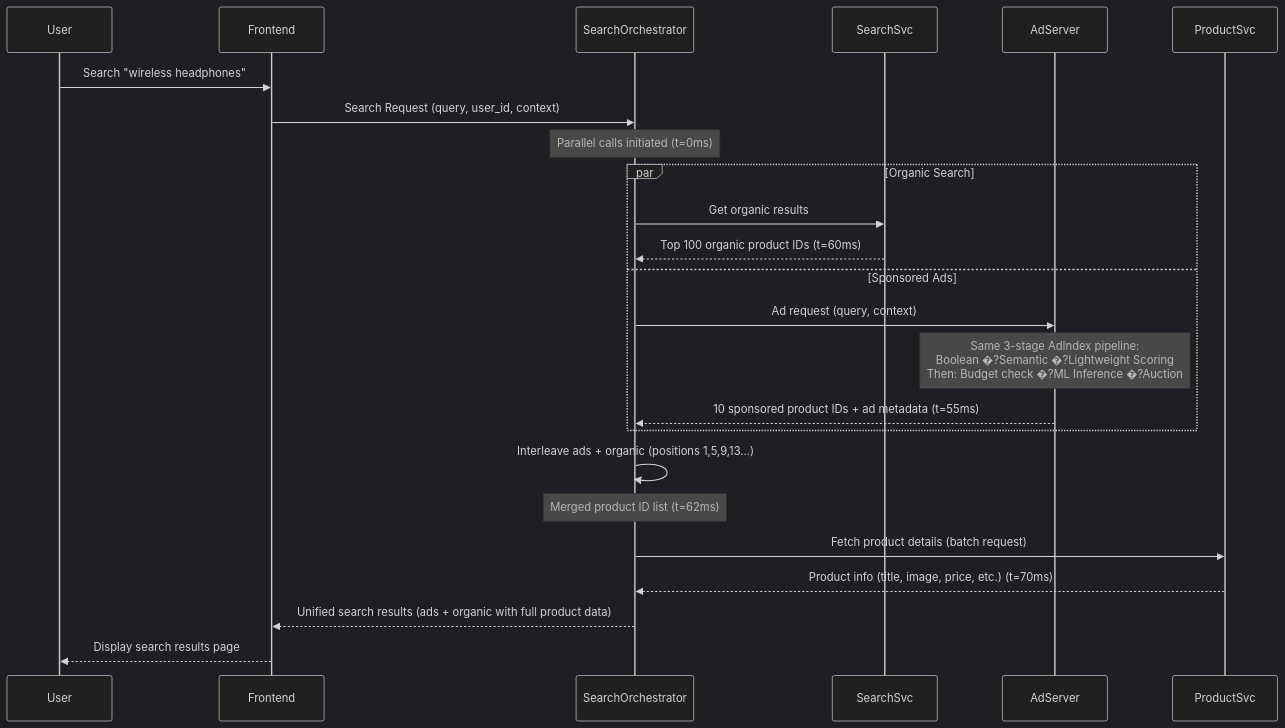
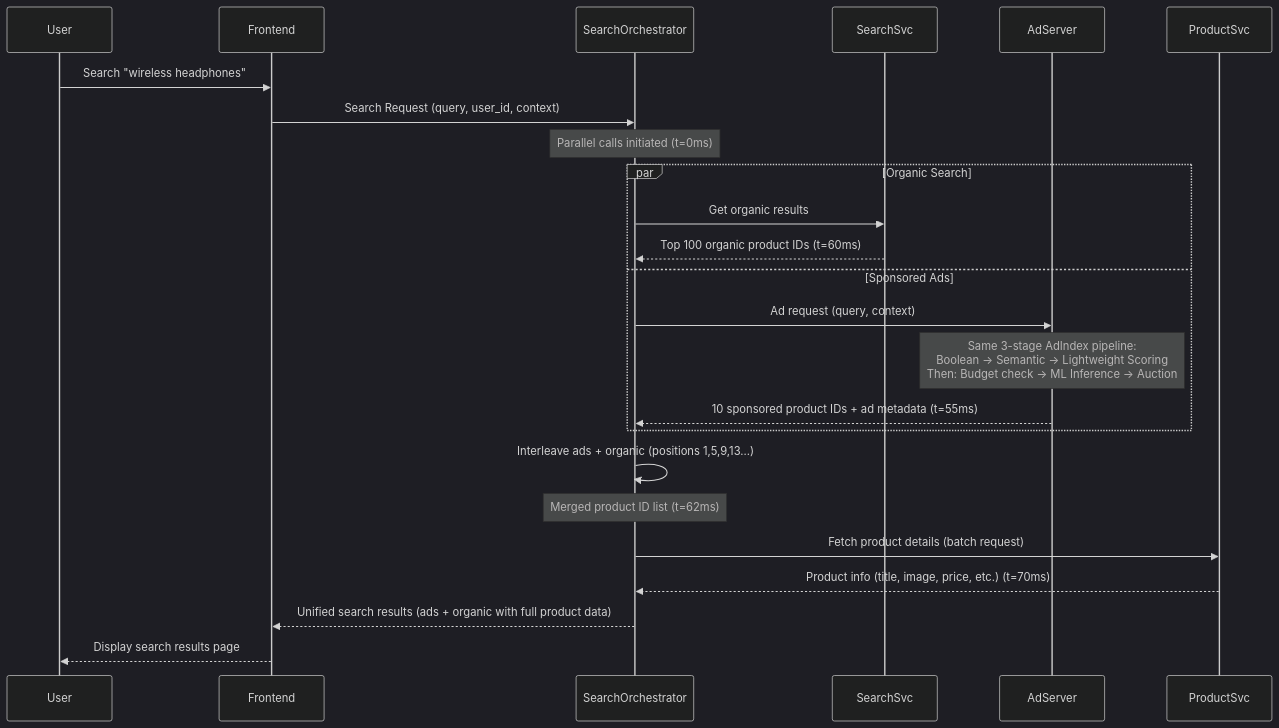
One commit to thunderbird2009/book_rmn changed the second of 2 diagrams in ch2_ad_serving_architecture.md. Above: the diagram before and after it, drawn with Mermaid (dark theme). The commit also changed other lines of this file, not shown here.

````diff
--- a/ch2_ad_serving_architecture.md
+++ b/ch2_ad_serving_architecture.md
@@ -118,32 +118,32 @@
 ```mermaid
 sequenceDiagram
     participant User
     participant Frontend
     participant SearchOrchestrator
     participant SearchSvc
     participant AdServer
     participant ProductSvc
 
     User->>Frontend: Search "wireless headphones"
     Frontend->>SearchOrchestrator: Search Request (query, user_id, context)
     
     Note over SearchOrchestrator: Parallel calls initiated (t=0ms)
     
     par Organic Search
         SearchOrchestrator->>SearchSvc: Get organic results
         SearchSvc-->>SearchOrchestrator: Top 100 organic product IDs (t=60ms)
     and Sponsored Ads
         SearchOrchestrator->>AdServer: Ad request (query, context)
-        Note over AdServer: Same 3-stage AdIndex pipeline:<br/>Boolean �?Semantic �?Lightweight Scoring<br/>Then: Budget check �?ML Inference �?Auction
+        Note over AdServer: Same 3-stage AdIndex pipeline:<br/>Boolean → Semantic → Lightweight Scoring<br/>Then: Budget check → ML Inference → Auction
         AdServer-->>SearchOrchestrator: 10 sponsored product IDs + ad metadata (t=55ms)
     end
     
     SearchOrchestrator->>SearchOrchestrator: Interleave ads + organic (positions 1,5,9,13...)
     Note over SearchOrchestrator: Merged product ID list (t=62ms)
     
     SearchOrchestrator->>ProductSvc: Fetch product details (batch request)
     ProductSvc-->>SearchOrchestrator: Product info (title, image, price, etc.) (t=70ms)
     
     SearchOrchestrator-->>Frontend: Unified search results (ads + organic with full product data)
     Frontend-->>User: Display search results page
 ```
````
